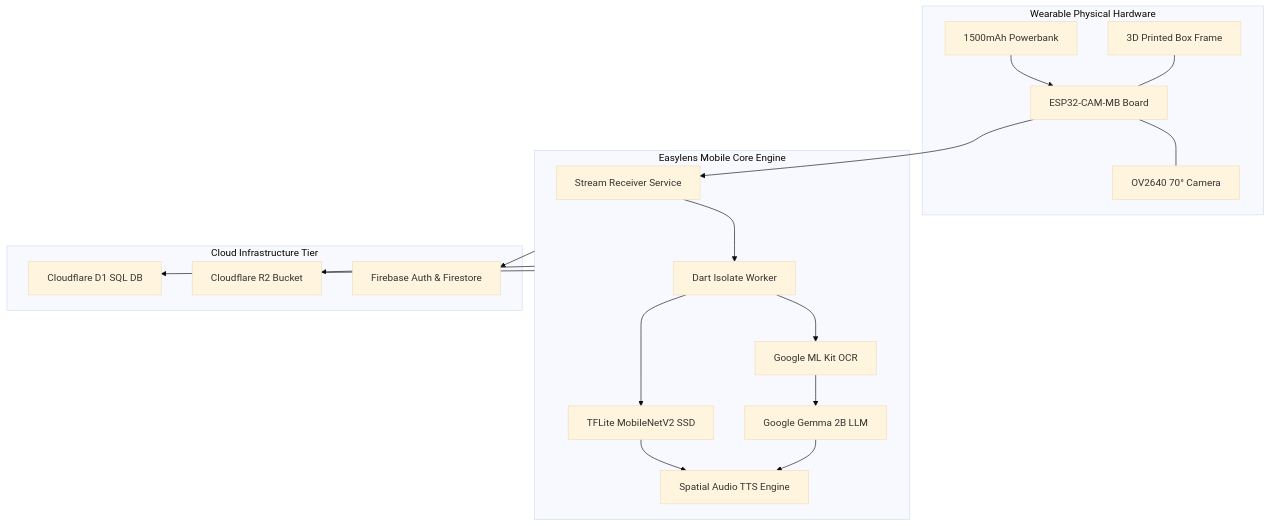
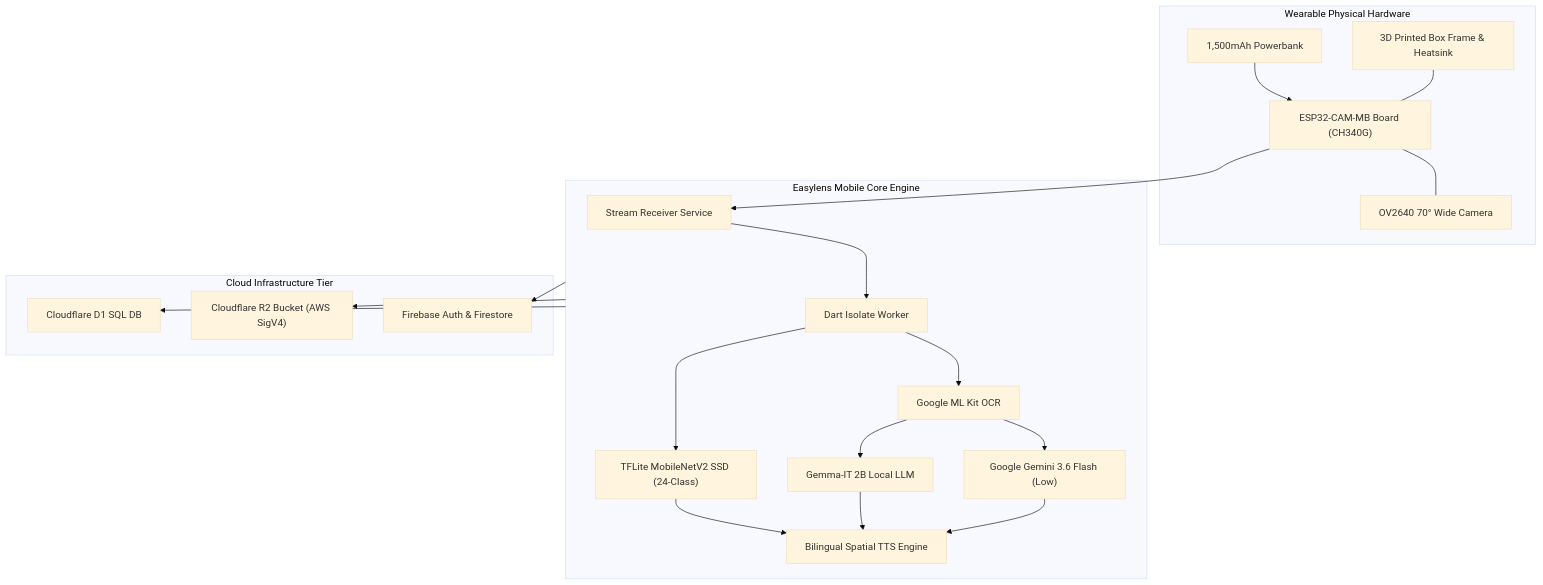
The fourth of 6 diagrams in docs/system_architecture/system_architecture_and_uml.md (Thes-IS-IT/Easylens), drawn with Mermaid (base theme) before and after one commit. The commit also changed other lines of this file and 2 other files, not shown here.

Commit message:
docs: simplify conceptual framework to match Eraser.io IPO model, remove Wired UVC/USB-OTG, and update LLM models to Gemma-IT 2B & Gemini 3.6 Flash (Low)

````diff
--- a/docs/system_architecture/system_architecture_and_uml.md
+++ b/docs/system_architecture/system_architecture_and_uml.md
@@ -166,40 +153,43 @@
 ```mermaid
 flowchart TB
     subgraph HW ["Wearable Physical Hardware"]
-        PB["1500mAh Powerbank"]
-        ESP["ESP32-CAM-MB Board"]
-        OV["OV2640 70° Camera"]
-        BOX["3D Printed Box Frame"]
+        PB["1,500mAh Powerbank"]
+        ESP["ESP32-CAM-MB Board (CH340G)"]
+        OV["OV2640 70° Wide Camera"]
+        BOX["3D Printed Box Frame & Heatsink"]
 
         PB --> ESP
         ESP --- OV
         BOX --- ESP
     end
 
     subgraph APP ["Easylens Mobile Core Engine"]
         STREAM["Stream Receiver Service"]
         ISO["Dart Isolate Worker"]
-        TFLITE["TFLite MobileNetV2 SSD"]
+        TFLITE["TFLite MobileNetV2 SSD (24-Class)"]
         MLKIT["Google ML Kit OCR"]
-        GEMMA["Google Gemma 2B LLM"]
-        TTS["Spatial Audio TTS Engine"]
+        GEMMA["Gemma-IT 2B Local LLM"]
+        GEMINI["Google Gemini 3.6 Flash (Low)"]
+        TTS["Bilingual Spatial TTS Engine"]
 
         STREAM --> ISO
         ISO --> TFLITE
         ISO --> MLKIT
         MLKIT --> GEMMA
+        MLKIT --> GEMINI
         TFLITE --> TTS
         GEMMA --> TTS
+        GEMINI --> TTS
     end
 
     subgraph CLOUD_TIER ["Cloud Infrastructure Tier"]
         D1["Cloudflare D1 SQL DB"]
-        R2["Cloudflare R2 Bucket"]
+        R2["Cloudflare R2 Bucket (AWS SigV4)"]
         FB["Firebase Auth & Firestore"]
     end
 
     ESP --> STREAM
     APP --> D1
     APP --> R2
     APP --> FB
 ```
````
